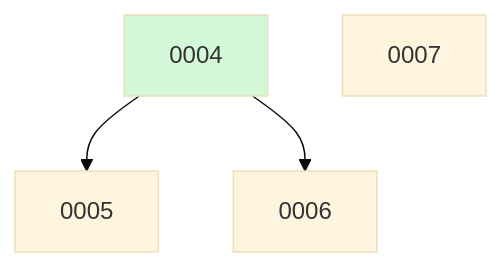
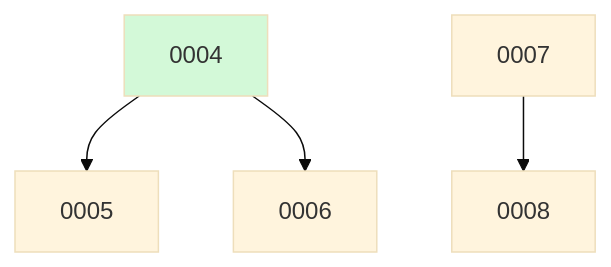
One commit to ethanhinson/llm-research-agent changed the diagram in docs/changes/BOARD.md. Above: the diagram before and after it, drawn with Mermaid (base theme). The commit also changed other lines of this file, not shown here.

````diff
--- a/docs/changes/BOARD.md
+++ b/docs/changes/BOARD.md
@@ -18,8 +19,9 @@
 ```mermaid
 graph TD
   0004 --> 0005
   0004 --> 0006
   0007
+  0007 --> 0008
   0004:::done
   classDef done fill:#d3f9d8;
 ```
````
